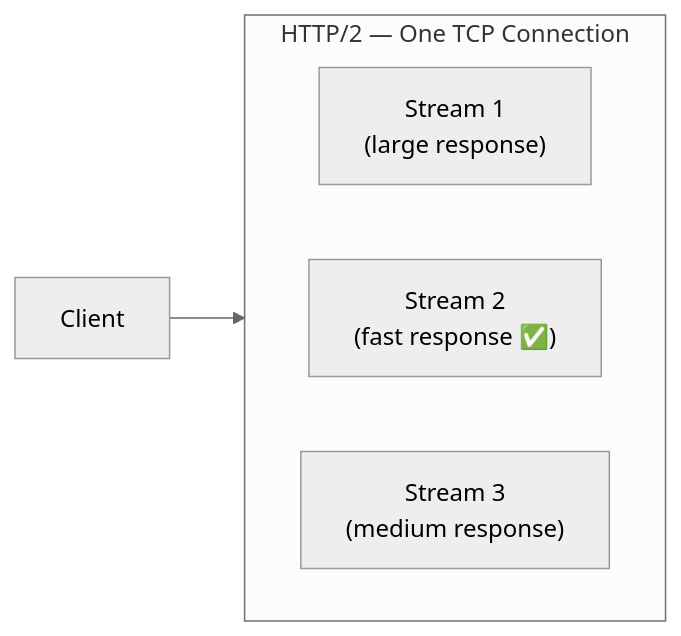
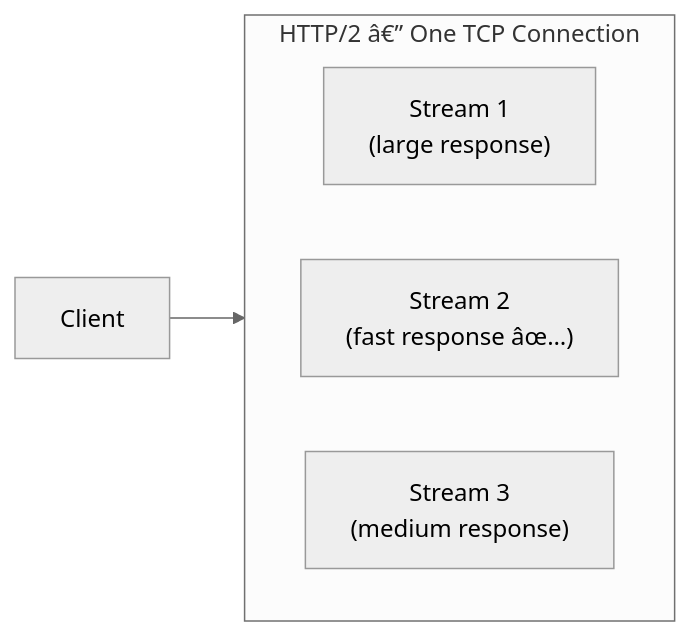
The eighth of 9 diagrams in Backend-engineering/2-Communication-patterns/2.Request-respone.md (Patel-Neel-346/Notes), drawn with Mermaid (neutral theme) before and after one commit. The commit also changed other lines of this file and 4 other files, not shown here.

````diff
--- a/Backend-engineering/2-Communication-patterns/2.Request-respone.md
+++ b/Backend-engineering/2-Communication-patterns/2.Request-respone.md
@@ -926,10 +955,10 @@
 ```mermaid
 flowchart LR
-    subgraph HTTP2["HTTP/2 — One TCP Connection"]
+    subgraph HTTP2["HTTP/2 â€” One TCP Connection"]
         direction LR
         S1["Stream 1\n(large response)"]
-        S2["Stream 2\n(fast response ✅)"]
+        S2["Stream 2\n(fast response âœ…)"]
         S3["Stream 3\n(medium response)"]
     end
     C["Client"] --> HTTP2
 ```
````
